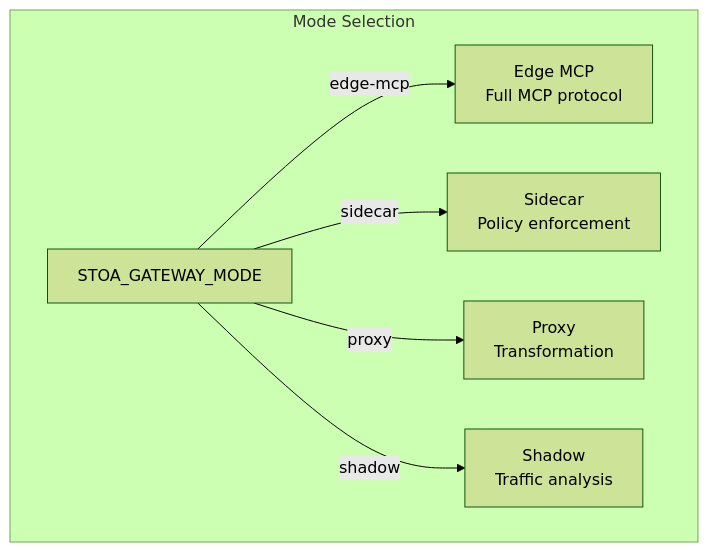
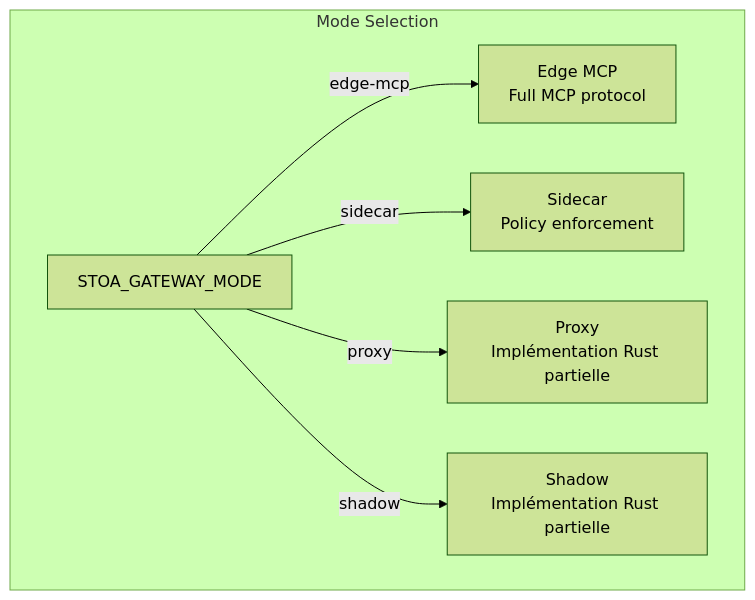
One commit to stoa-platform/stoa-docs changed the diagram in i18n/fr/docusaurus-plugin-content-docs/current/guides/gateway-modes.md. Above: the diagram before and after it, drawn with Mermaid (forest theme). The commit also changed other lines of this file and 3 other files, not shown here.

Commit message:
docs(gateway): align Rust ports and Proxy, Shadow status (EN/FR) (#250)

````diff
--- a/i18n/fr/docusaurus-plugin-content-docs/current/guides/gateway-modes.md
+++ b/i18n/fr/docusaurus-plugin-content-docs/current/guides/gateway-modes.md
@@ -29,10 +29,10 @@
 ```mermaid
 graph TB
     subgraph "Mode Selection"
         ENV["STOA_GATEWAY_MODE"]
         ENV -->|edge-mcp| EM[Edge MCP<br/>Full MCP protocol]
         ENV -->|sidecar| SC[Sidecar<br/>Policy enforcement]
-        ENV -->|proxy| PX[Proxy<br/>Transformation]
-        ENV -->|shadow| SH[Shadow<br/>Traffic analysis]
+        ENV -->|proxy| PX[Proxy<br/>Implémentation Rust partielle]
+        ENV -->|shadow| SH[Shadow<br/>Implémentation Rust partielle]
     end
 ```
````
